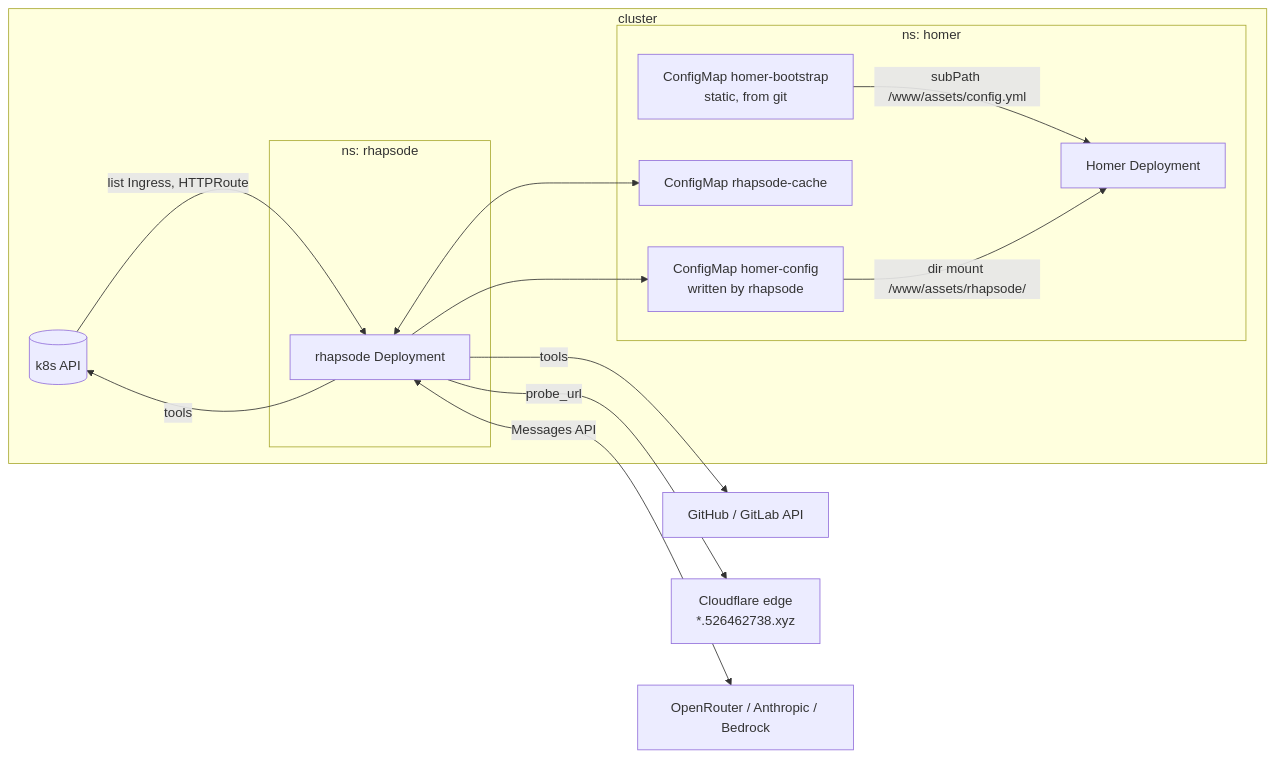
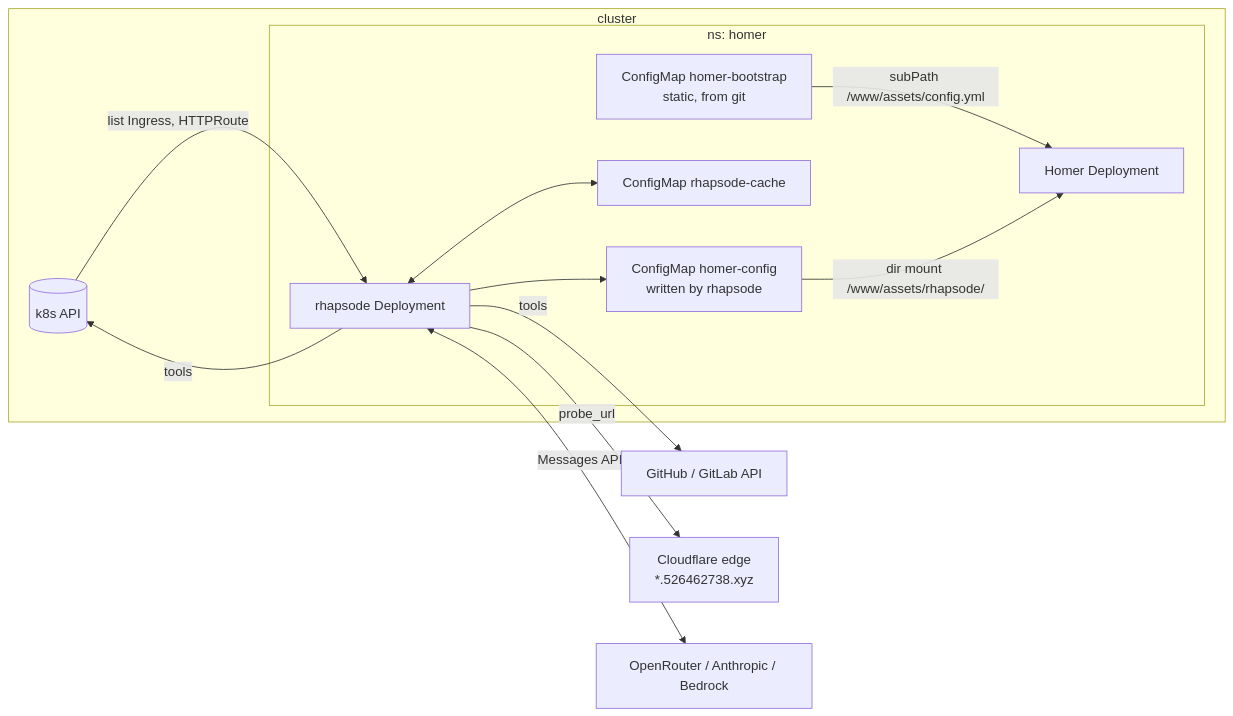
One commit to barakplasma/rhapsode changed the first of 3 diagrams in docs/design.md. Above: the diagram before and after it, drawn with Mermaid. The commit also changed other lines of this file, not shown here.

First line of the commit message:
design: run rhapsode in the homer namespace, ConfigMap writes scoped by name

````diff
--- a/docs/design.md
+++ b/docs/design.md
@@ -24,24 +24,22 @@
 ```mermaid
 flowchart LR
   subgraph cluster
     K[(k8s API)]
-    subgraph ns_rhapsode["ns: rhapsode"]
+    subgraph ns_homer["ns: homer"]
       R[rhapsode Deployment]
-    end
-    subgraph ns_homer["ns: homer"]
       CM1[ConfigMap homer-config<br/>written by rhapsode]
       CM2[ConfigMap rhapsode-cache]
       CM0[ConfigMap homer-bootstrap<br/>static, from git]
       H[Homer Deployment]
     end
   end
   K -->|list Ingress, HTTPRoute| R
   R -->|tools| K
   R -->|tools| GH[GitHub / GitLab API]
   R -->|probe_url| CF[Cloudflare edge<br/>*.526462738.xyz]
   R <-->|Messages API| LLM[OpenRouter / Anthropic / Bedrock]
   R --> CM1
   R <--> CM2
   CM0 -->|subPath /www/assets/config.yml| H
   CM1 -->|dir mount /www/assets/rhapsode/| H
 ```
````
